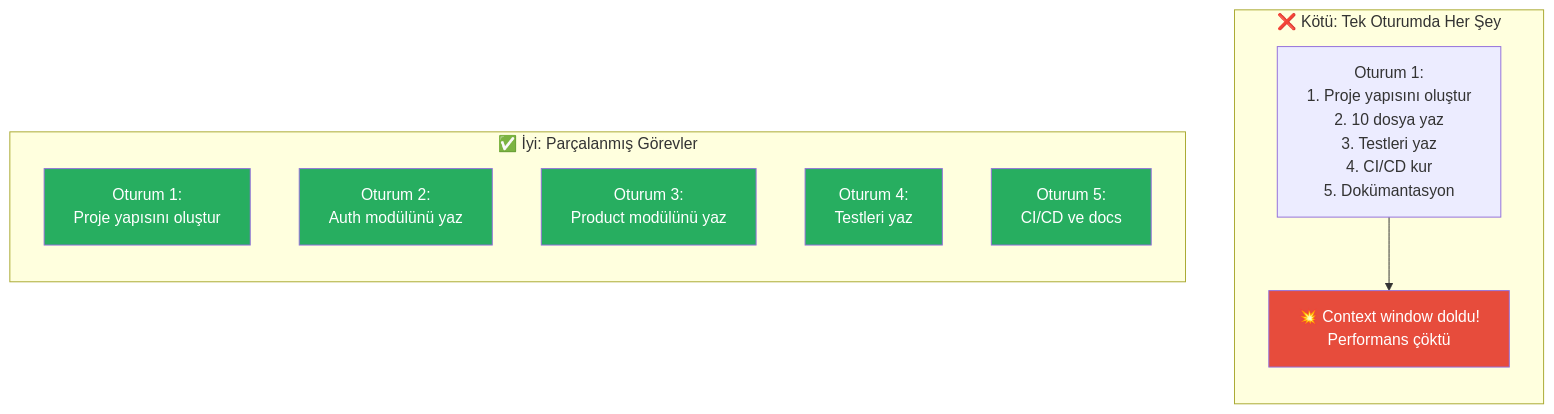
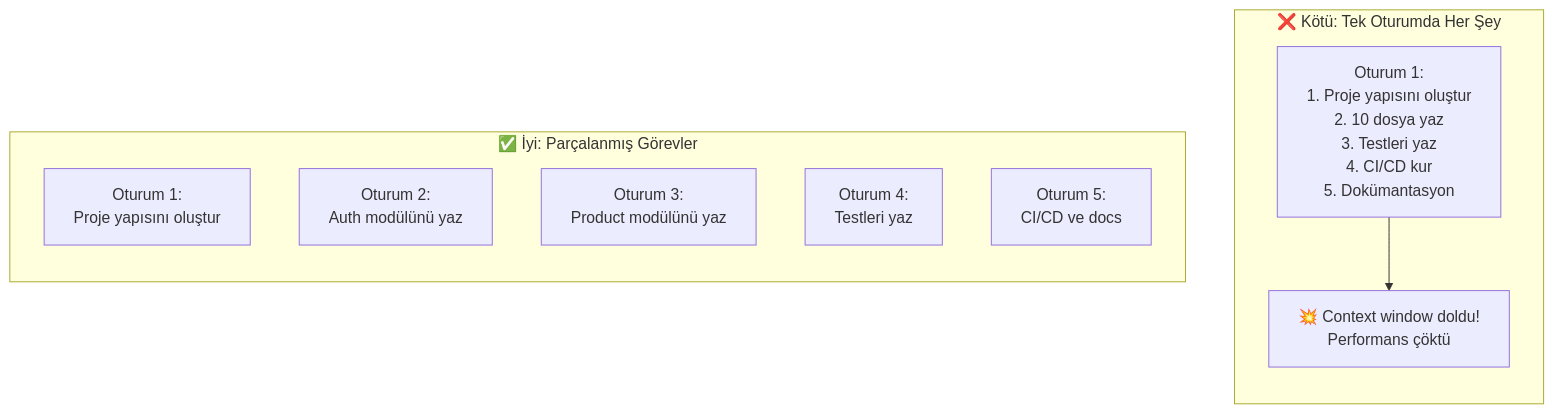
One commit to IzzetYasinAtes/ClaudeCodeHandbook changed the sixth of 7 diagrams in 09-bellek-ve-baglam/05-context-window-yonetimi.md. Above: the diagram before and after it, drawn with Mermaid. The commit also changed other lines of this file and 97 other files, not shown here.

Commit message:
Remove all custom Mermaid style/fill colors from 98 markdown files for consistent dark theme rendering

````diff
--- a/09-bellek-ve-baglam/05-context-window-yonetimi.md
+++ b/09-bellek-ve-baglam/05-context-window-yonetimi.md
@@ -238,24 +222,18 @@
 ```mermaid
 flowchart TD
     subgraph kotu ["❌ Kötü: Tek Oturumda Her Şey"]
         direction TB
         B1["Oturum 1:<br/>1. Proje yapısını oluştur<br/>2. 10 dosya yaz<br/>3. Testleri yaz<br/>4. CI/CD kur<br/>5. Dokümantasyon"]
         B1 --> OVERFLOW["💥 Context window doldu!<br/>Performans çöktü"]
     end
 
     subgraph iyi ["✅ İyi: Parçalanmış Görevler"]
         direction TB
         G1["Oturum 1:<br/>Proje yapısını oluştur"]
         G2["Oturum 2:<br/>Auth modülünü yaz"]
         G3["Oturum 3:<br/>Product modülünü yaz"]
         G4["Oturum 4:<br/>Testleri yaz"]
         G5["Oturum 5:<br/>CI/CD ve docs"]
     end
 
-    style OVERFLOW fill:#E74C3C,color:#fff
-    style G1 fill:#27AE60,color:#fff
-    style G2 fill:#27AE60,color:#fff
-    style G3 fill:#27AE60,color:#fff
-    style G4 fill:#27AE60,color:#fff
-    style G5 fill:#27AE60,color:#fff
 ```
````
